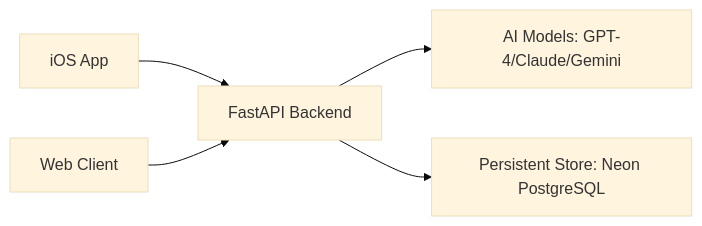
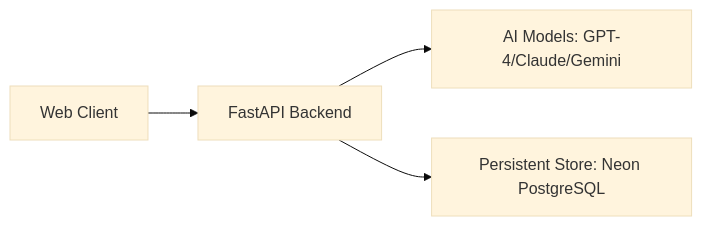
The diagram in README.md (qinzzz/Musee), drawn with Mermaid (base theme) before and after one commit. The commit also changed other lines of this file and 197 other files, not shown here.

````diff
--- a/README.md
+++ b/README.md
@@ -67,7 +58,6 @@
 ```mermaid
 graph LR
-    A[iOS App] --> C[FastAPI Backend]
     B[Web Client] --> C[FastAPI Backend]
     C --> D[AI Models: GPT-4/Claude/Gemini]
     C --> E[Persistent Store: Neon PostgreSQL]
 ```
````
